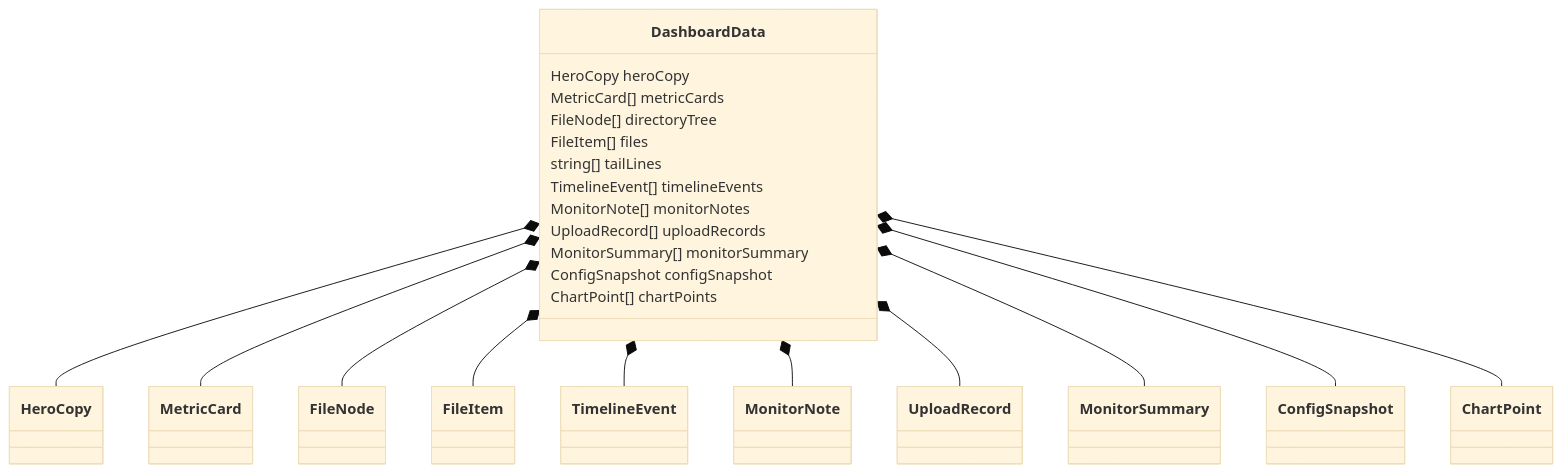
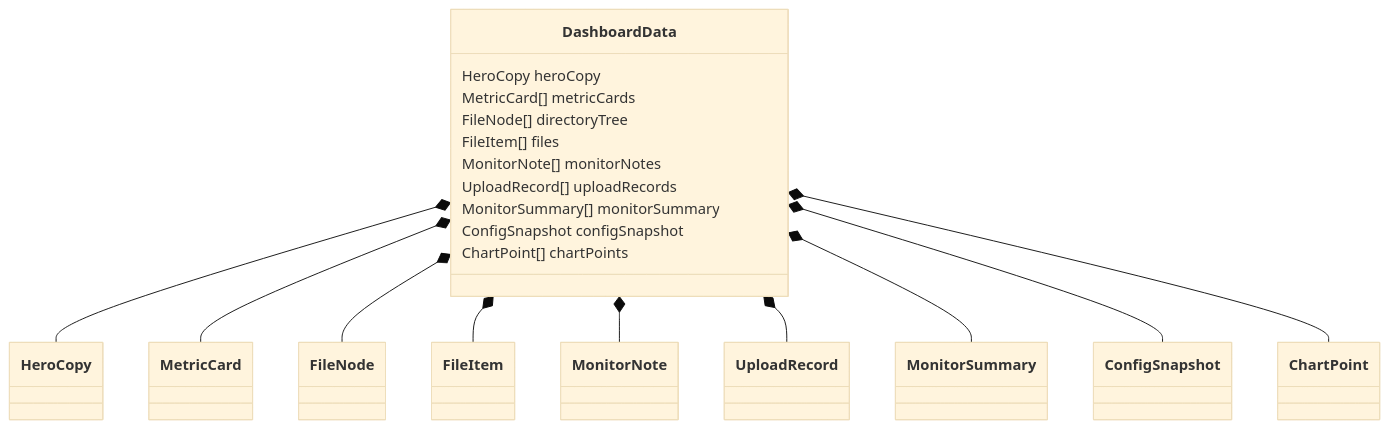
One commit to VioletEvergardenZz/GoWatchFile changed the second of 14 diagrams in docs/state-types-visual.md. Above: the diagram before and after it, drawn with Mermaid (base theme). The commit also changed other lines of this file and 20 other files, not shown here.

````diff
--- a/docs/state-types-visual.md
+++ b/docs/state-types-visual.md
@@ -21,27 +21,24 @@
 ```mermaid
 classDiagram
 class DashboardData {
   HeroCopy heroCopy
   MetricCard[] metricCards
   FileNode[] directoryTree
   FileItem[] files
-  string[] tailLines
-  TimelineEvent[] timelineEvents
   MonitorNote[] monitorNotes
   UploadRecord[] uploadRecords
   MonitorSummary[] monitorSummary
   ConfigSnapshot configSnapshot
   ChartPoint[] chartPoints
 }
 
 DashboardData *-- HeroCopy
 DashboardData *-- MetricCard
 DashboardData *-- FileNode
 DashboardData *-- FileItem
-DashboardData *-- TimelineEvent
 DashboardData *-- MonitorNote
 DashboardData *-- UploadRecord
 DashboardData *-- MonitorSummary
 DashboardData *-- ConfigSnapshot
 DashboardData *-- ChartPoint
 ```
````
